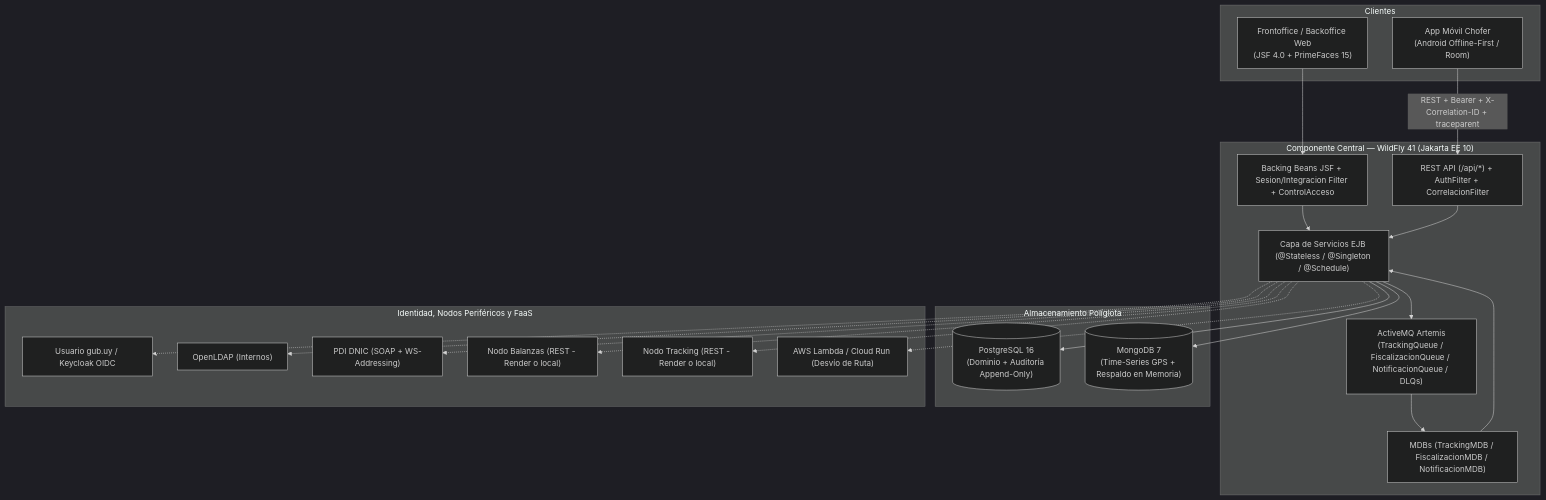
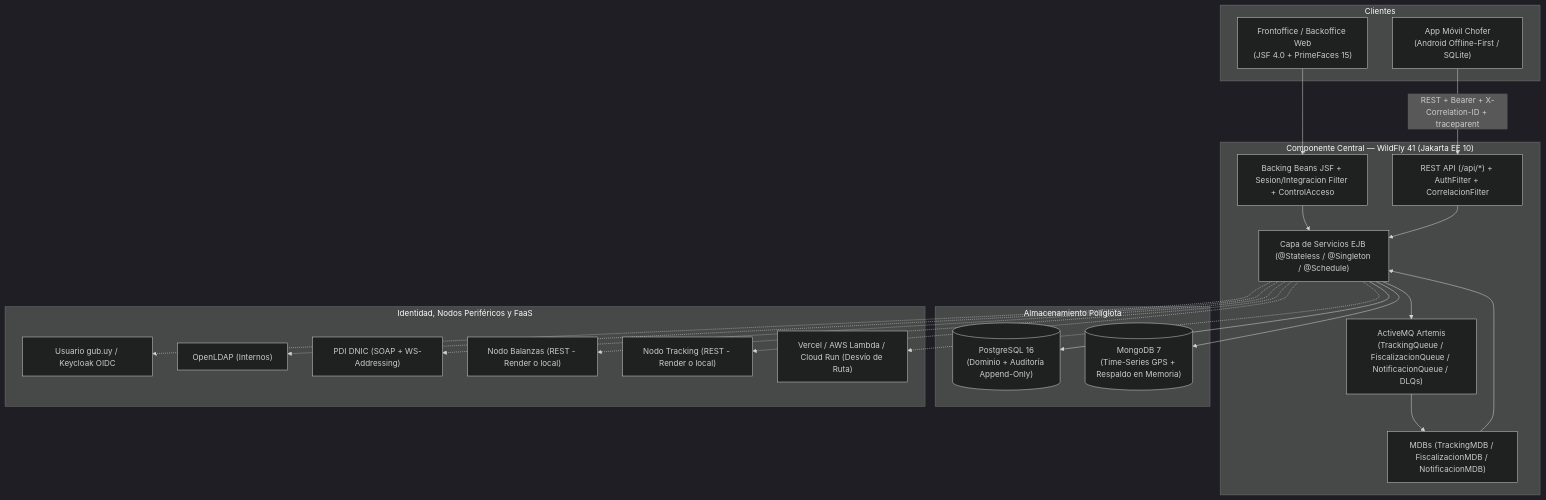
Before and after one commit to Valentino217/CargaUY---TSE: the first of 3 diagrams in ARCHITECTURE.md, drawn with Mermaid (dark theme). The commit also changed other lines of this file and 4 other files, not shown here.

````diff
--- a/ARCHITECTURE.md
+++ b/ARCHITECTURE.md
@@ -16,45 +16,45 @@
 ```mermaid
 flowchart TB
     subgraph Clientes
         WEB["Frontoffice / Backoffice Web\n(JSF 4.0 + PrimeFaces 15)"]
-        MOB["App Móvil Chofer\n(Android Offline-First / Room)"]
+        MOB["App Móvil Chofer\n(Android Offline-First / SQLite)"]
     end
 
     subgraph Central["Componente Central — WildFly 41 (Jakarta EE 10)"]
         API["REST API (/api/*) + AuthFilter + CorrelacionFilter"]
         JSF["Backing Beans JSF + Sesion/Integracion Filter + ControlAcceso"]
         EJB["Capa de Servicios EJB (@Stateless / @Singleton / @Schedule)"]
         JMS["ActiveMQ Artemis\n(TrackingQueue / FiscalizacionQueue / NotificacionQueue / DLQs)"]
         MDB["MDBs (TrackingMDB / FiscalizacionMDB / NotificacionMDB)"]
     end
 
     subgraph Datos["Almacenamiento Políglota"]
         PG[("PostgreSQL 16\n(Dominio + Auditoría Append-Only)")]
         MG[("MongoDB 7\n(Time-Series GPS + Respaldo en Memoria)")]
     end
 
     subgraph Externos["Identidad, Nodos Periféricos y FaaS"]
         GUB["Usuario gub.uy / Keycloak OIDC"]
         LDAP["OpenLDAP (Internos)"]
         PDI["PDI DNIC (SOAP + WS-Addressing)"]
         BAL["Nodo Balanzas (REST - Render o local)"]
         TRK["Nodo Tracking (REST - Render o local)"]
-        FAAS["AWS Lambda / Cloud Run (Desvío de Ruta)"]
+        FAAS["Vercel / AWS Lambda / Cloud Run (Desvío de Ruta)"]
     end
 
     WEB --> JSF
     MOB -->|"REST + Bearer + X-Correlation-ID + traceparent"| API
     JSF --> EJB
     API --> EJB
     EJB --> JMS
     JMS --> MDB
     MDB --> EJB
     EJB --> PG
     EJB --> MG
     EJB -.-> GUB
     EJB -.-> LDAP
     EJB -.-> PDI
     EJB -.-> BAL
     EJB -.-> TRK
     EJB -.-> FAAS
 ```
````
